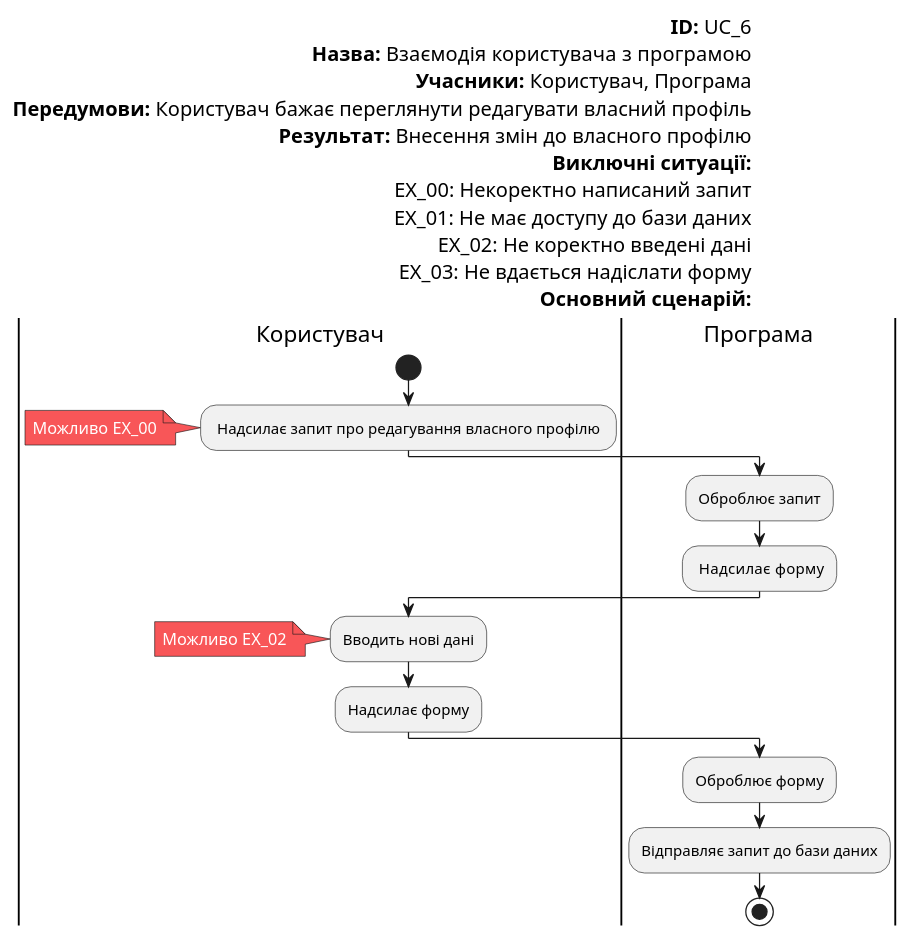
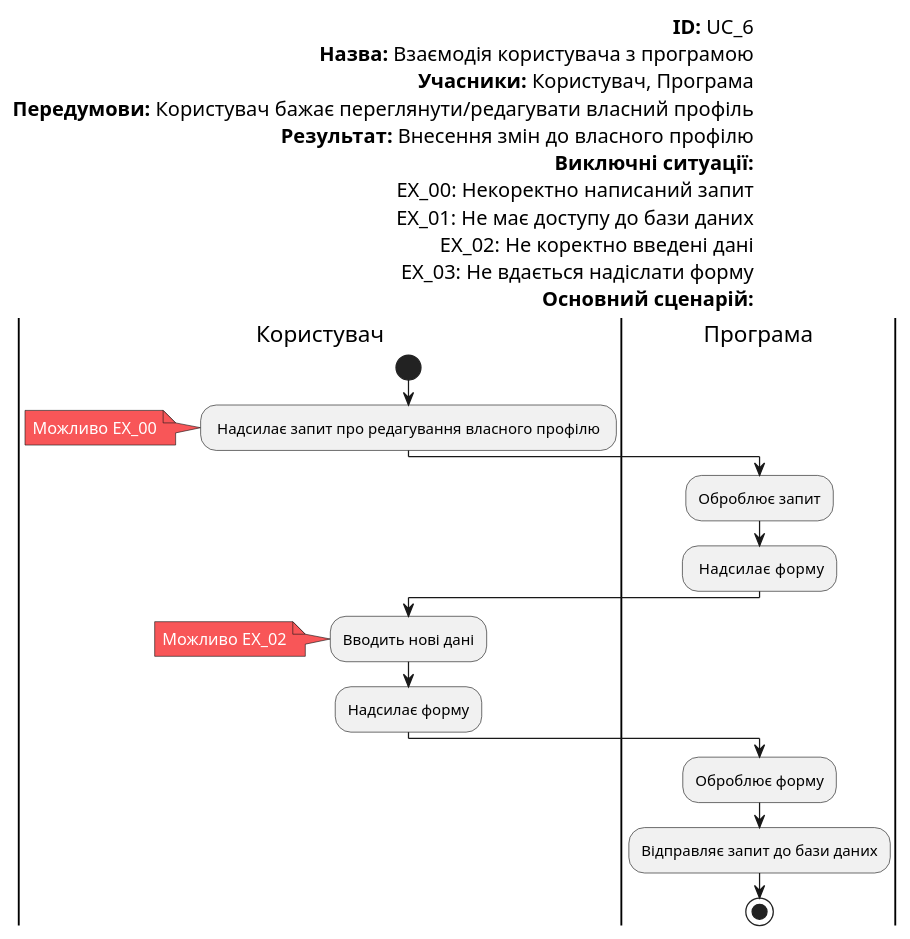
Before and after one commit to KepAlex-404/robin: the diagram in docs/UC/User/UC_6.puml, drawn with PlantUML. The commit also changed 3 other files, not shown here.

```diff
--- a/docs/UC/User/UC_6.puml
+++ b/docs/UC/User/UC_6.puml
@@ -1,42 +1,42 @@
 @startuml UC_6
 
 left header
 <font color=000 size=16><b>ID:</b> UC_6
-<font color=000 size=16><b>Назва:</b> Взаємодія користувача з  програмою
+<font color=000 size=16><b>Назва:</b> Взаємодія користувача з програмою
 <font color=000 size=16><b>Учасники:</b> Користувач, Програма
-<font color=000 size=16><b>Передумови:</b> Користувач бажає переглянути редагувати власний профіль
-<font color=000 size=16><b>Результат:</b> Внесення змін до власного профілю 
+<font color=000 size=16><b>Передумови:</b> Користувач бажає переглянути/редагувати власний профіль
+<font color=000 size=16><b>Результат:</b> Внесення змін до власного профілю
 <font color=000 size=16><b>Виключні ситуації:</b>
 <font color=000 size=16>EX_00: Некоректно написаний запит
 <font color=000 size=16>EX_01: Не має доступу до бази даних
 <font color=000 size=16>EX_02: Не коректно введені дані
 <font color=000 size=16>EX_03: Не вдається надіслати форму
 <font color=000 size=16><b>Основний сценарій:</b>
 end header
 
 skinparam	shadowing false
 skinparam Note {
 	BackgroundColor #f85658
 	FontColor #ffffff
 }
 
 |Користувач|
 start
 : Надсилає запит про редагування власного профілю ;
 note left
 Можливо ЕХ_00
 end note
 |Програма|
 :Оброблює запит;
 : Надсилає  форму;
 |Користувач|
 :Вводить нові дані;
 note left
 Можливо ЕХ_02
 end note
 :Надсилає форму;
 |Програма|
 :Оброблює форму;
 :Відправляє запит до бази даних;
 stop;
 @enduml
```
